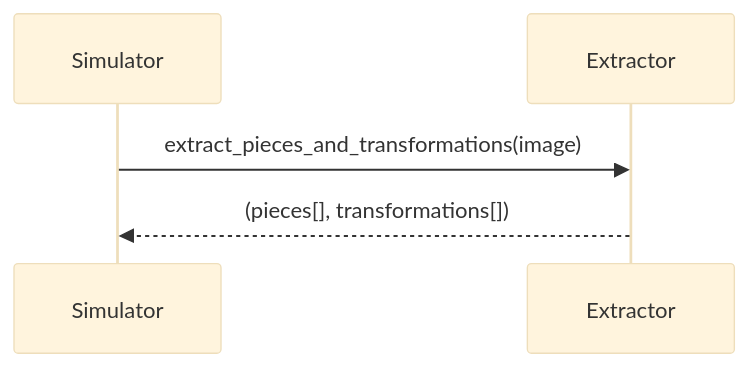
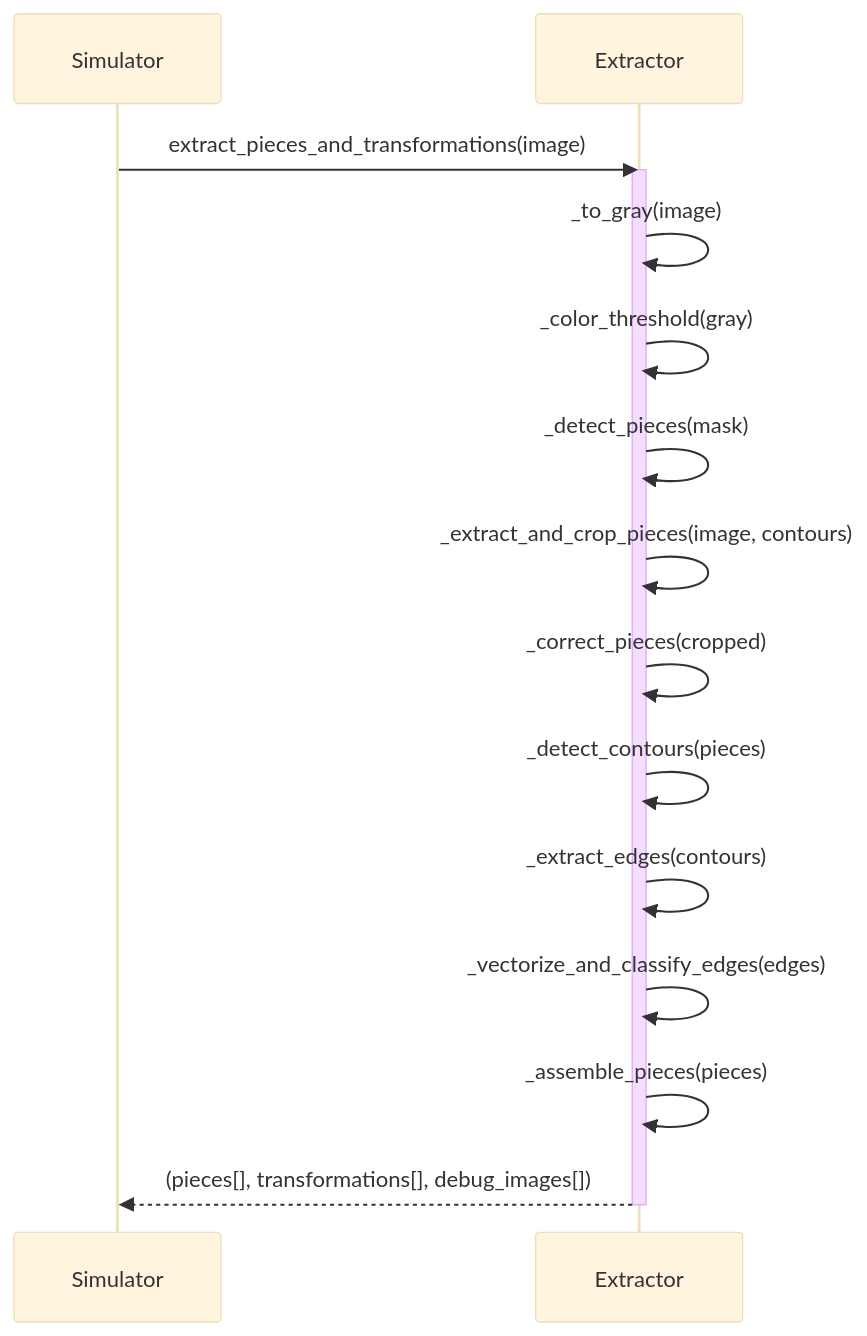
One commit to Mcapozzolo/PuzzleSimulator changed the second of 2 diagrams in API_SPEC_EXTRACTOR.md. Above: the diagram before and after it, drawn with Mermaid (base theme). The commit also changed other lines of this file, not shown here.

````diff
--- a/API_SPEC_EXTRACTOR.md
+++ b/API_SPEC_EXTRACTOR.md
@@ -95,8 +154,21 @@
 ```mermaid
 sequenceDiagram
     participant Simulator
     participant Extractor
 
     Simulator->>Extractor: extract_pieces_and_transformations(image)
-    Extractor-->>Simulator: (pieces[], transformations[])
+    activate Extractor
+
+    Extractor->>Extractor: _to_gray(image)
+    Extractor->>Extractor: _color_threshold(gray)
+    Extractor->>Extractor: _detect_pieces(mask)
+    Extractor->>Extractor: _extract_and_crop_pieces(image, contours)
+    Extractor->>Extractor: _correct_pieces(cropped)
+    Extractor->>Extractor: _detect_contours(pieces)
+    Extractor->>Extractor: _extract_edges(contours)
+    Extractor->>Extractor: _vectorize_and_classify_edges(edges)
+    Extractor->>Extractor: _assemble_pieces(pieces)
+
+    Extractor-->>Simulator: (pieces[], transformations[], debug_images[])
+    deactivate Extractor
 ```
````
